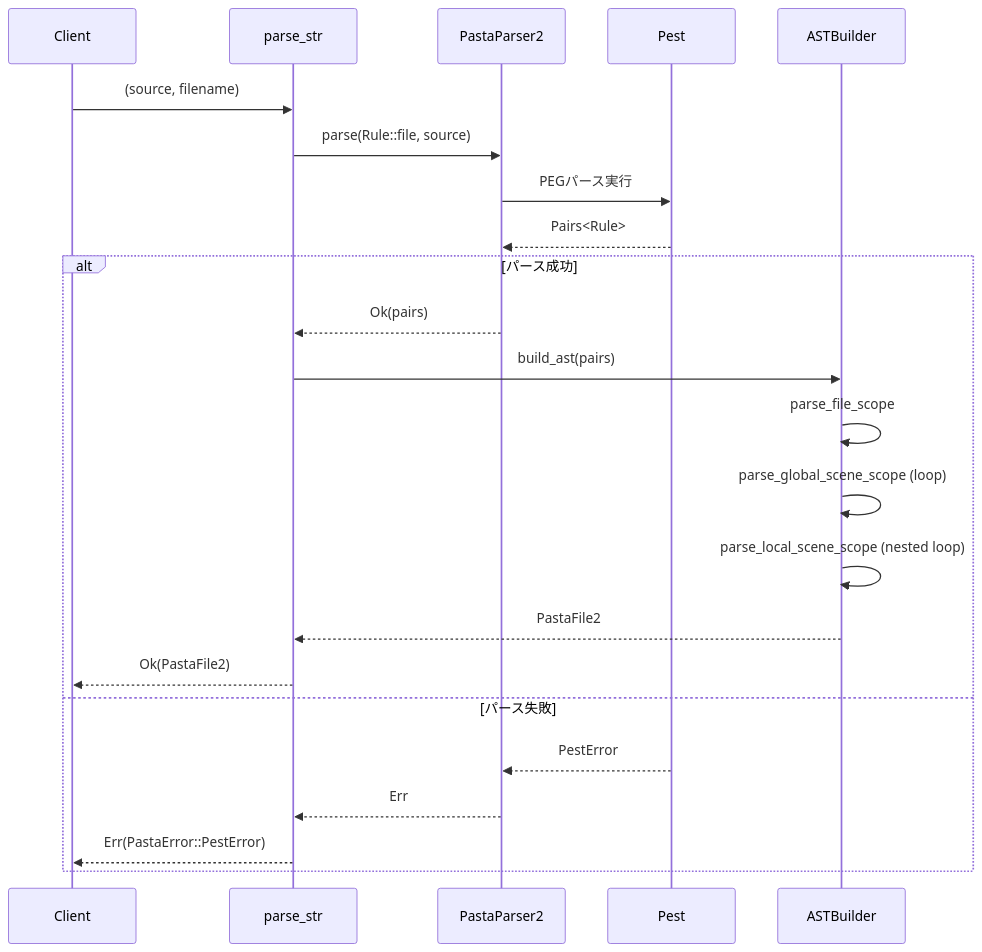
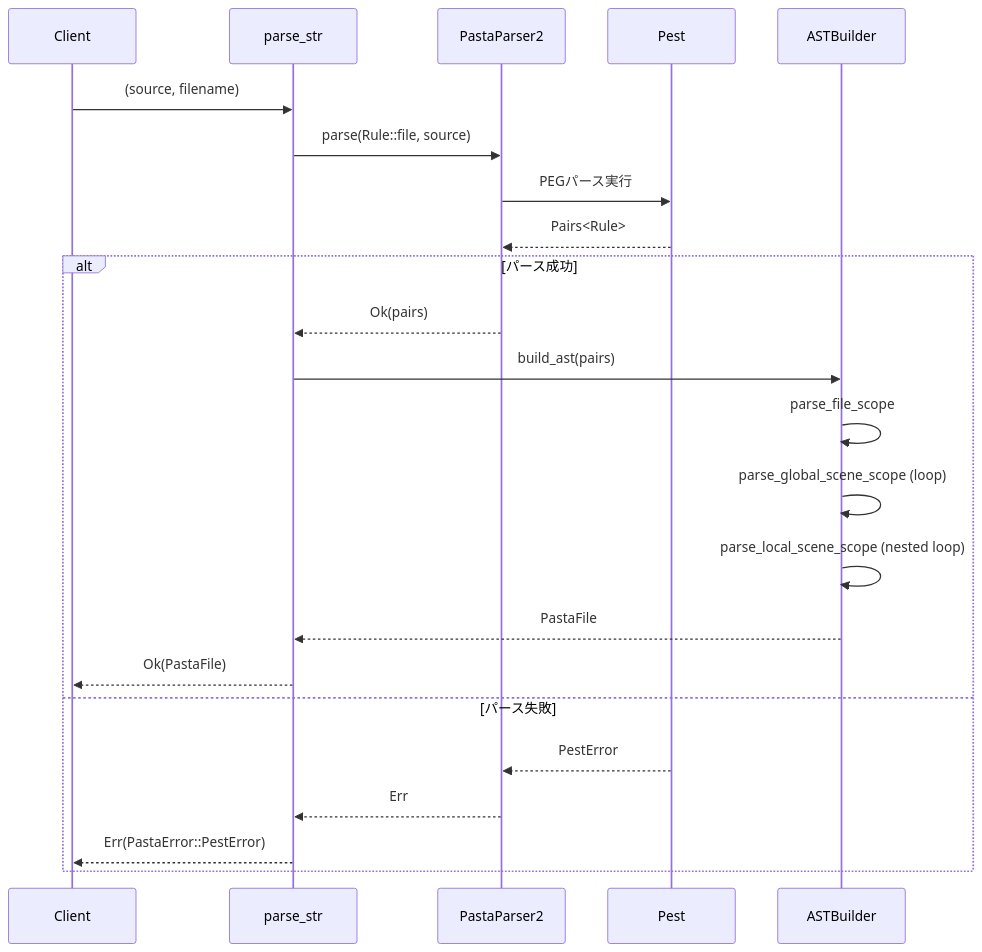
The second of 4 diagrams in .kiro/specs/parser2-pest-migration/design.md (ekicyou/pasta), drawn with Mermaid before and after one commit. The commit also changed other lines of this file and 2 other files, not shown here.

````diff
--- a/.kiro/specs/parser2-pest-migration/design.md
+++ b/.kiro/specs/parser2-pest-migration/design.md
@@ -126,27 +126,27 @@
 ```mermaid
 sequenceDiagram
     participant Client
     participant parse_str
     participant PastaParser2
     participant Pest
     participant ASTBuilder
     
     Client->>parse_str: (source, filename)
     parse_str->>PastaParser2: parse(Rule::file, source)
     PastaParser2->>Pest: PEGパース実行
     Pest-->>PastaParser2: Pairs<Rule>
     
     alt パース成功
         PastaParser2-->>parse_str: Ok(pairs)
         parse_str->>ASTBuilder: build_ast(pairs)
         ASTBuilder->>ASTBuilder: parse_file_scope
         ASTBuilder->>ASTBuilder: parse_global_scene_scope (loop)
         ASTBuilder->>ASTBuilder: parse_local_scene_scope (nested loop)
-        ASTBuilder-->>parse_str: PastaFile2
-        parse_str-->>Client: Ok(PastaFile2)
+        ASTBuilder-->>parse_str: PastaFile
+        parse_str-->>Client: Ok(PastaFile)
     else パース失敗
         Pest-->>PastaParser2: PestError
         PastaParser2-->>parse_str: Err
         parse_str-->>Client: Err(PastaError::PestError)
     end
 ```
````
